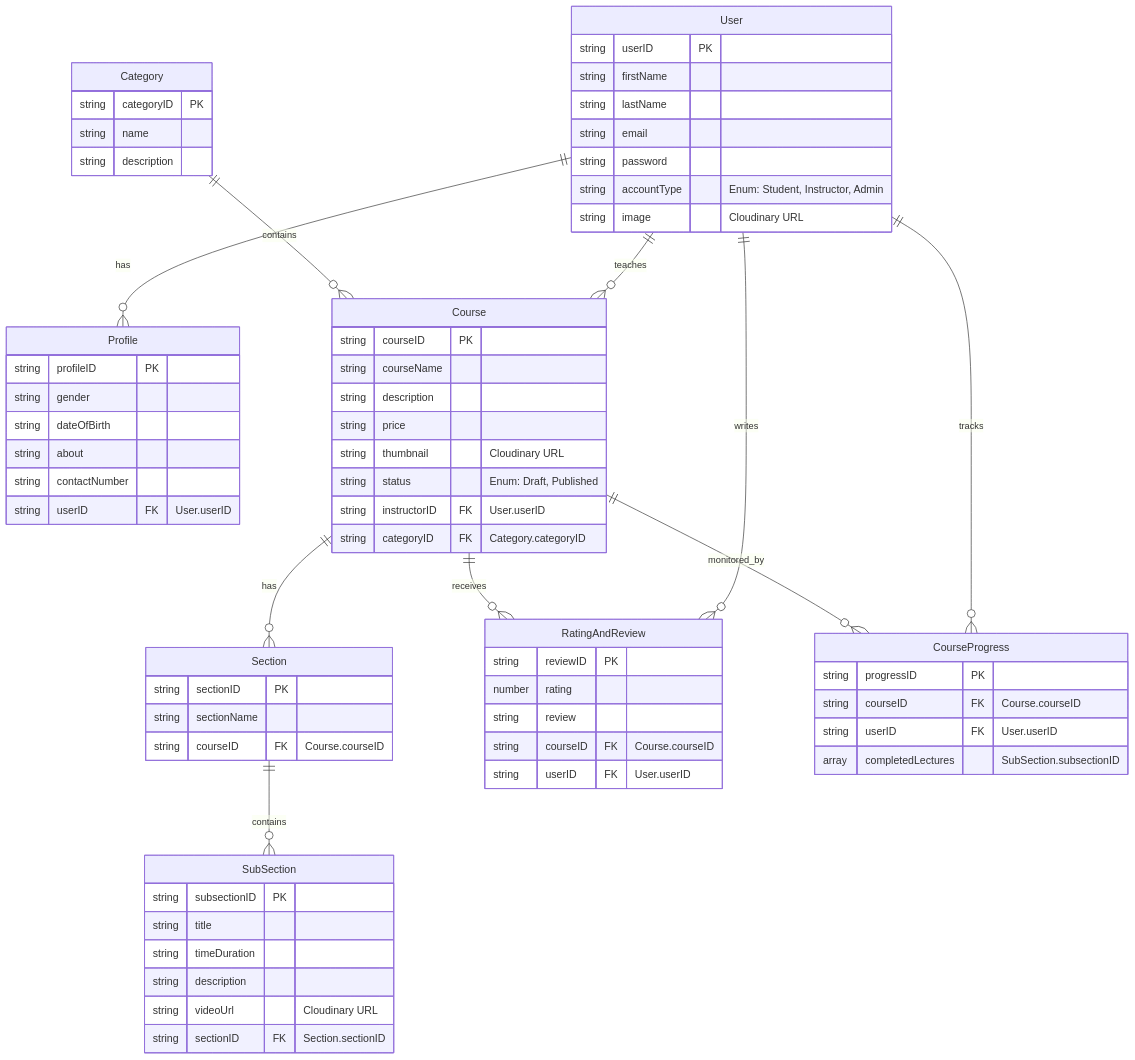
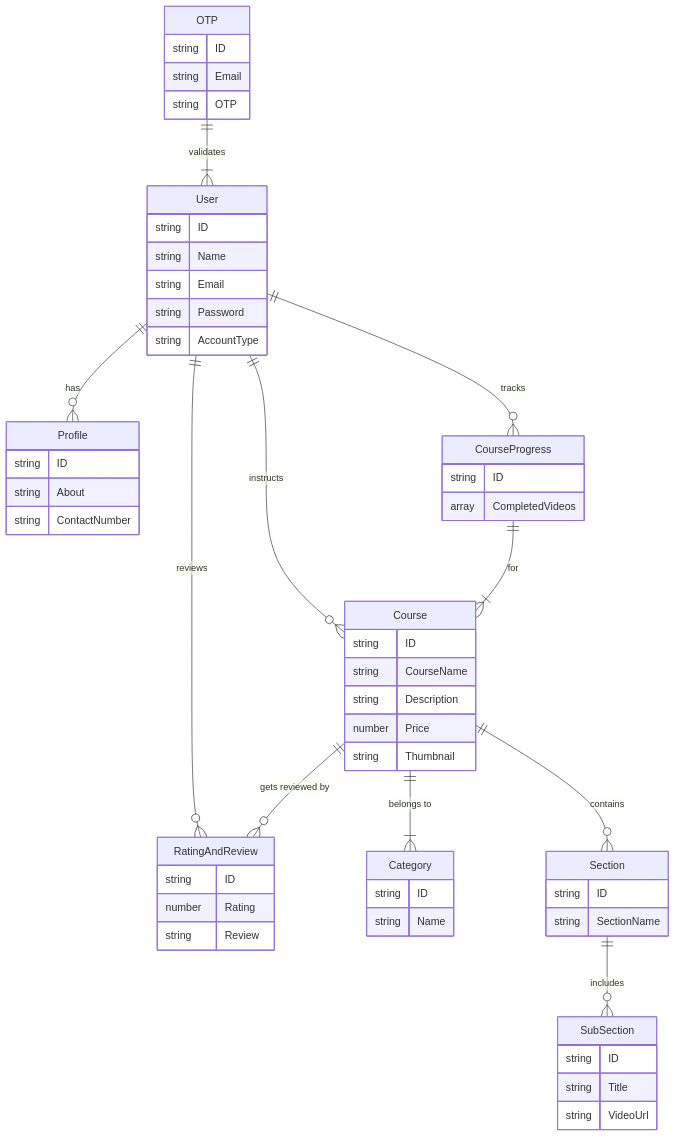
Before and after one commit to grewal16/study_notion: the diagram in README.md, drawn with Mermaid. The commit also changed other lines of this file, not shown here.

````diff
--- a/README.md
+++ b/README.md
@@ -44,71 +43,60 @@
 ```mermaid
 erDiagram
+    User ||--o{ Profile : "has"
+    User ||--o{ Course : "instructs"
+    User ||--o{ CourseProgress : "tracks"
+    User ||--o{ RatingAndReview : "reviews"
+    Course ||--|{ Category : "belongs to"
+    Course ||--o{ Section : "contains"
+    Course ||--o{ RatingAndReview : "gets reviewed by"
+    Section ||--o{ SubSection : "includes"
+    CourseProgress ||--|{ Course : "for"
+    OTP ||--|{ User : "validates"
+
     User {
-        string userID PK
-        string firstName
-        string lastName
-        string email
-        string password
-        string accountType "Enum: Student, Instructor, Admin"
-        string image "Cloudinary URL"
+        string ID
+        string Name
+        string Email
+        string Password
+        string AccountType
     }
     Profile {
-        string profileID PK
-        string gender
-        string dateOfBirth
-        string about
-        string contactNumber
-        string userID FK "User.userID"
+        string ID
+        string About
+        string ContactNumber
+    }
+    Course {
+        string ID
+        string CourseName
+        string Description
+        number Price
+        string Thumbnail
     }
     Category {
-        string categoryID PK
-        string name
-        string description
-    }
-    Course {
-        string courseID PK
-        string courseName
-        string description
-        string price
-        string thumbnail "Cloudinary URL"
-        string status "Enum: Draft, Published"
-        string instructorID FK "User.userID"
-        string categoryID FK "Category.categoryID"
+        string ID
+        string Name
     }
     Section {
-        string sectionID PK
-        string sectionName
-        string courseID FK "Course.courseID"
+        string ID
+        string SectionName
     }
     SubSection {
-        string subsectionID PK
-        string title
-        string timeDuration
-        string description
-        string videoUrl "Cloudinary URL"
-        string sectionID FK "Section.sectionID"
+        string ID
+        string Title
+        string VideoUrl
     }
     RatingAndReview {
-        string reviewID PK
-        number rating
-        string review
-        string courseID FK "Course.courseID"
-        string userID FK "User.userID"
+        string ID
+        number Rating
+        string Review
     }
     CourseProgress {
-        string progressID PK
-        string courseID FK "Course.courseID"
-        string userID FK "User.userID"
-        array completedLectures "SubSection.subsectionID"
+        string ID
+        array CompletedVideos
     }
-
-    User ||--o{ Profile : "has"
-    User ||--o{ Course : "teaches"
-    User ||--o{ RatingAndReview : "writes"
-    User ||--o{ CourseProgress : "tracks"
-    Category ||--o{ Course : "contains"
-    Course ||--o{ Section : "has"
-    Section ||--o{ SubSection : "contains"
-    Course ||--o{ RatingAndReview : "receives"
-    Course ||--o{ CourseProgress : "monitored_by"
+    OTP {
+        string ID
+        string Email
+        string OTP
+    }
 ```
````
